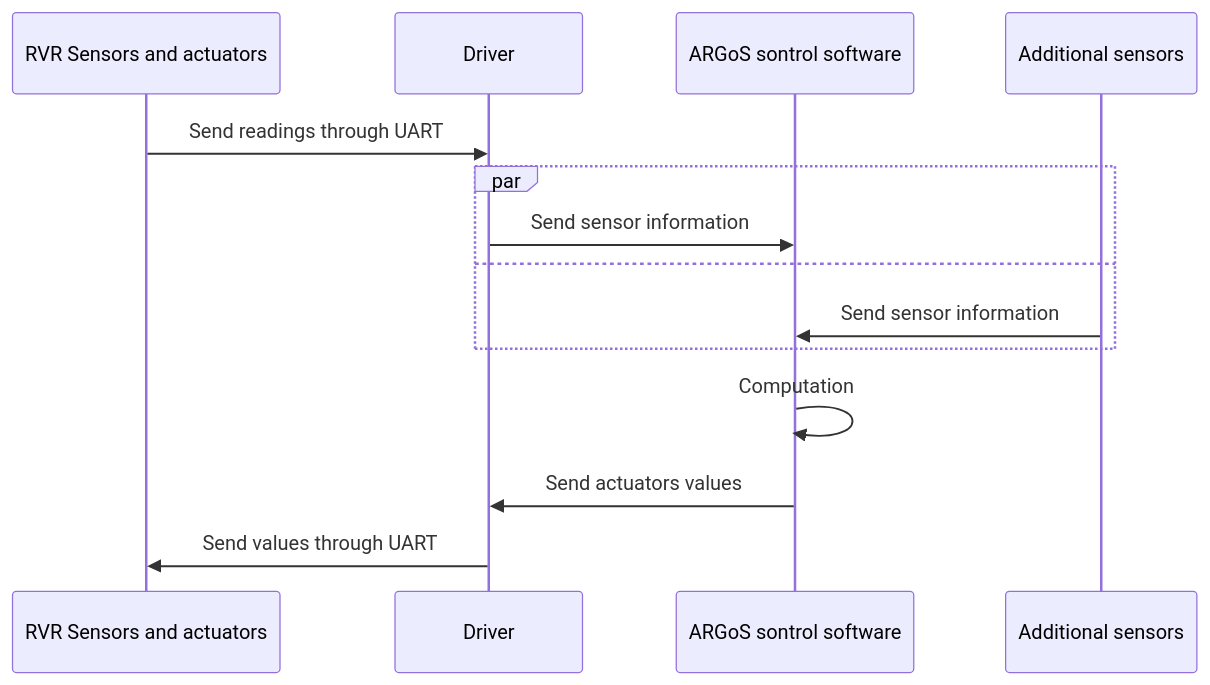
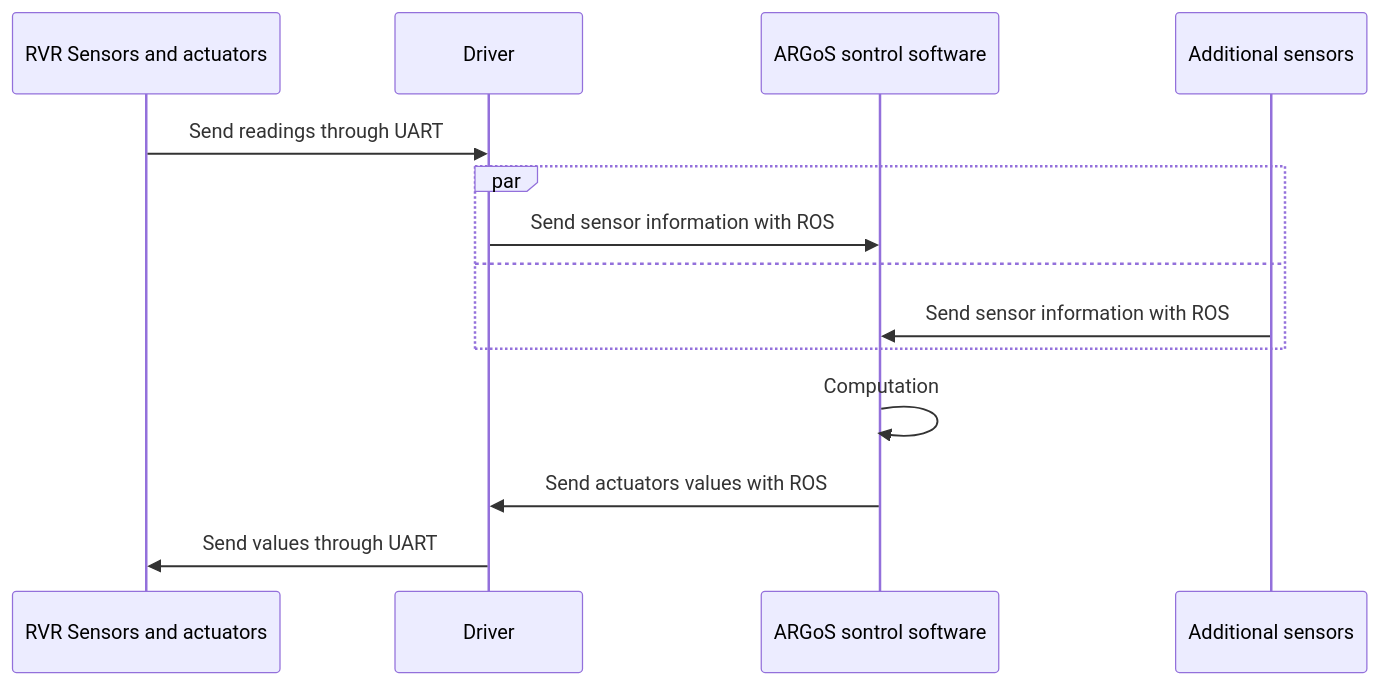
The diagram in README.md (rafftod/rvr_ros), drawn with Mermaid before and after one commit. The commit also changed other lines of this file, not shown here.

````diff
--- a/README.md
+++ b/README.md
@@ -34,16 +34,16 @@
 ```mermaid
 sequenceDiagram
     participant RVR as RVR Sensors and actuators
     participant D as Driver
     participant C as ARGoS sontrol software
     participant AD as Additional sensors
     RVR->>D: Send readings through UART
     par
-        D->>C: Send sensor information
+        D->>C: Send sensor information with ROS
     and
-        AD->>C: Send sensor information
+        AD->>C: Send sensor information with ROS
     end
     C->>C: Computation
-    C->>D: Send actuators values
+    C->>D: Send actuators values with ROS
     D->>RVR: Send values through UART
 ```
````
